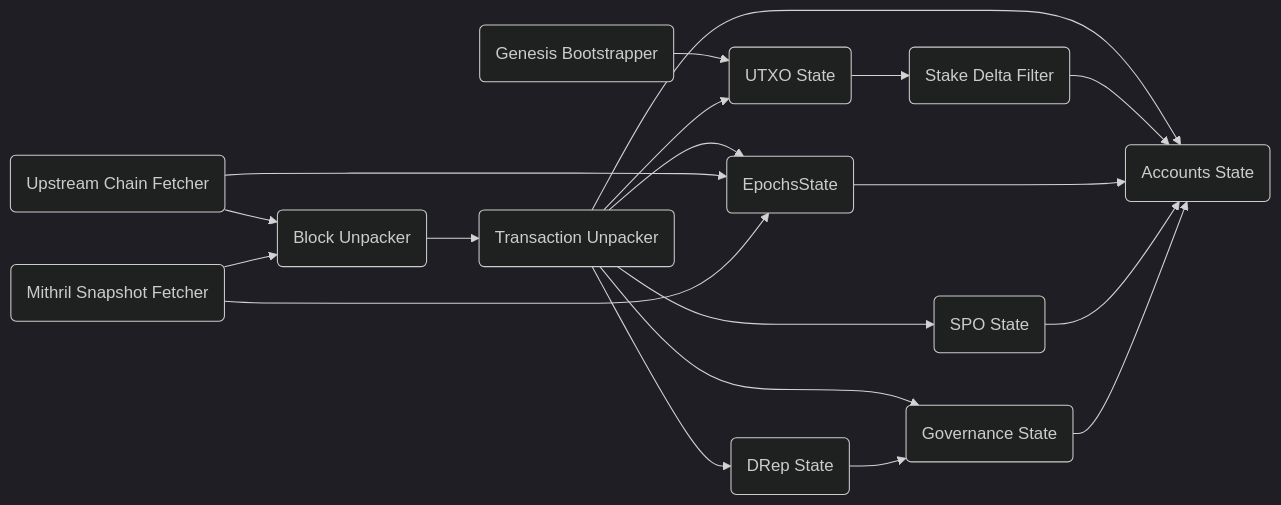
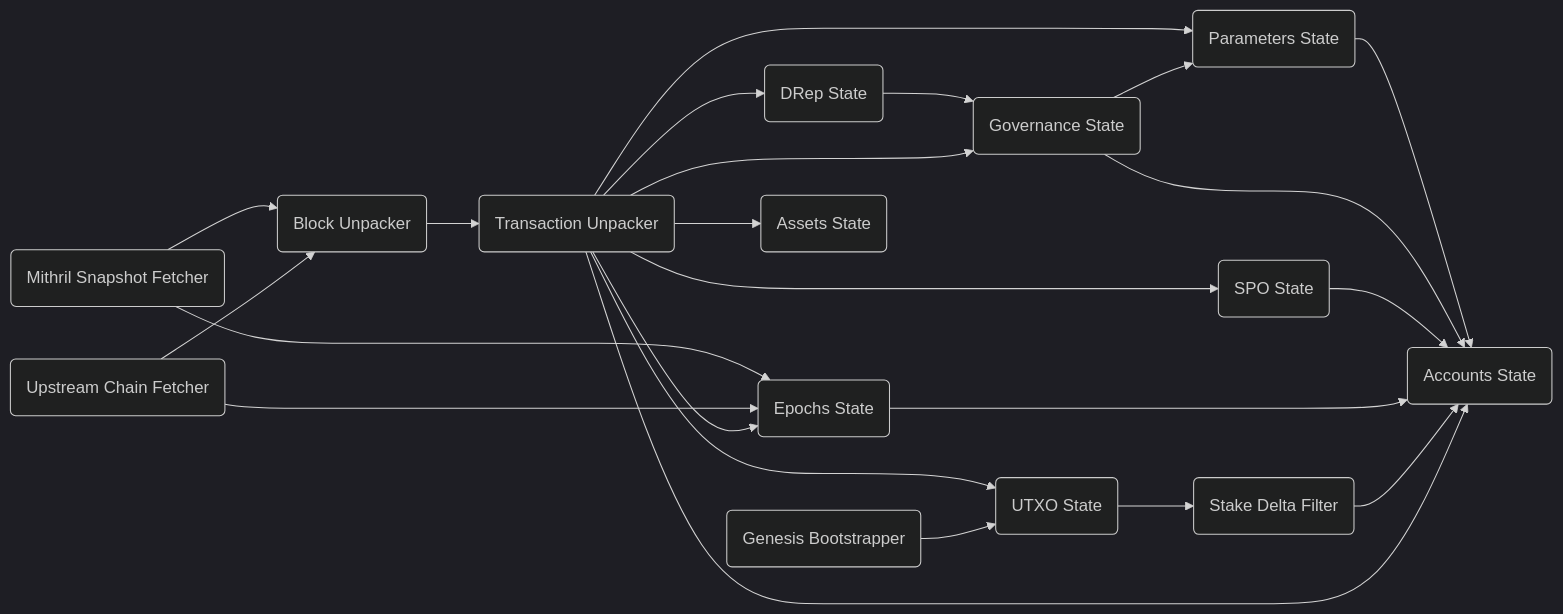
The second of 2 diagrams in README.md (input-output-hk/acropolis), drawn with Mermaid (dark theme) before and after one commit. The commit also changed other lines of this file, not shown here.

Commit message:
fix: update README and Mermaid graph

````diff
--- a/README.md
+++ b/README.md
@@ -64,35 +65,41 @@
 ```mermaid
 graph LR
 
    UpstreamChainFetcher(Upstream Chain Fetcher)
    GenesisBootstrapper(Genesis Bootstrapper)
    MithrilSnapshotFetcher(Mithril Snapshot Fetcher)
    BlockUnpacker(Block Unpacker)
    TxUnpacker(Transaction Unpacker)
    UTXOState(UTXO State)
    SPOState(SPO State)
    DRepState(DRep State)
    GovernanceState(Governance State)
    StakeDeltaFilter(Stake Delta Filter)
-   EpochsState(EpochsState)
+   EpochsState(Epochs State)
    AccountsState(Accounts State)
+   AssetsState(Assets State)
+   ParametersState(Parameters State)
 
    UpstreamChainFetcher --> BlockUnpacker
    MithrilSnapshotFetcher --> BlockUnpacker
    BlockUnpacker --> TxUnpacker
    GenesisBootstrapper --> UTXOState
    TxUnpacker --> UTXOState
+   TxUnpacker --> AssetsState
    TxUnpacker --> EpochsState
    TxUnpacker --> AccountsState
+   TxUnpacker --> DRepState
    TxUnpacker --> SPOState
-   TxUnpacker --> DRepState
    TxUnpacker --> GovernanceState
+   GovernanceState --> ParametersState
+   TxUnpacker --> ParametersState
    UTXOState --> StakeDeltaFilter
    StakeDeltaFilter --> AccountsState
    UpstreamChainFetcher --> EpochsState
    MithrilSnapshotFetcher --> EpochsState
    EpochsState --> AccountsState
    SPOState --> AccountsState
    DRepState --> GovernanceState
    GovernanceState --> AccountsState
+   ParametersState --> AccountsState
 ```
````
